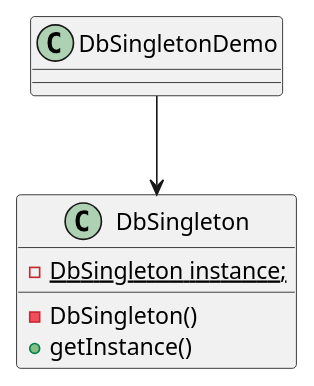
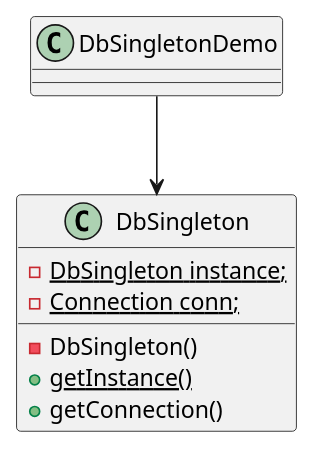
Before and after one commit to iBoukhenna/software-design-masterclass: the diagram in design-patterns/src/main/java/com/example/singleton/singleton_demo.puml, drawn with PlantUML. The commit also changed 3 other files, not shown here.

```diff
--- a/design-patterns/src/main/java/com/example/singleton/singleton_demo.puml
+++ b/design-patterns/src/main/java/com/example/singleton/singleton_demo.puml
@@ -1,10 +1,12 @@
 class DbSingletonDemo {
 }
 
 class DbSingleton {
  - {static} DbSingleton instance;
+ - {static} Connection conn;
  - DbSingleton()
- + getInstance()
+ + {static} getInstance()
+ + getConnection()
 }
 
 DbSingletonDemo --> DbSingleton
```
